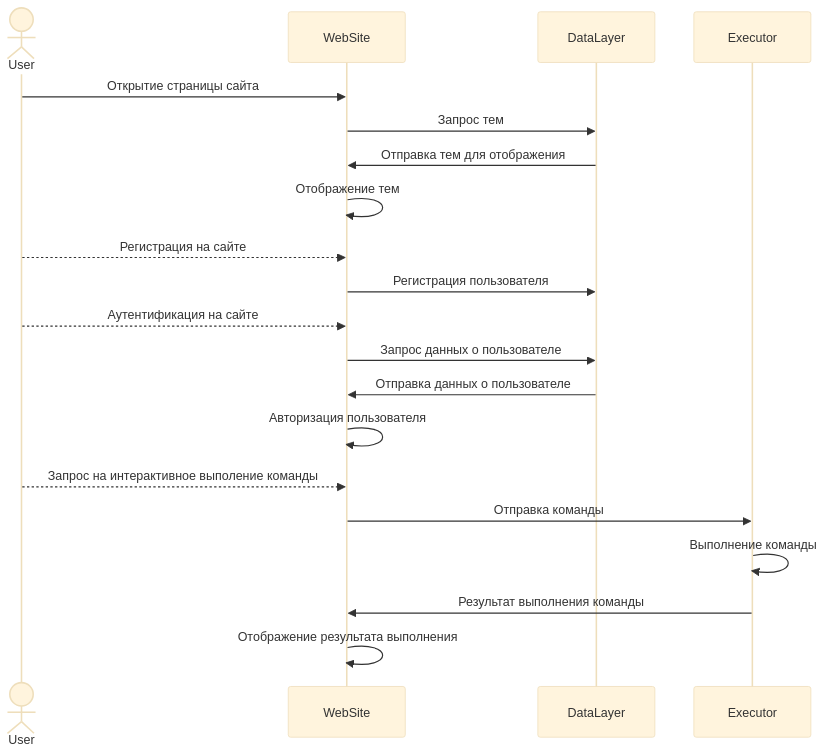
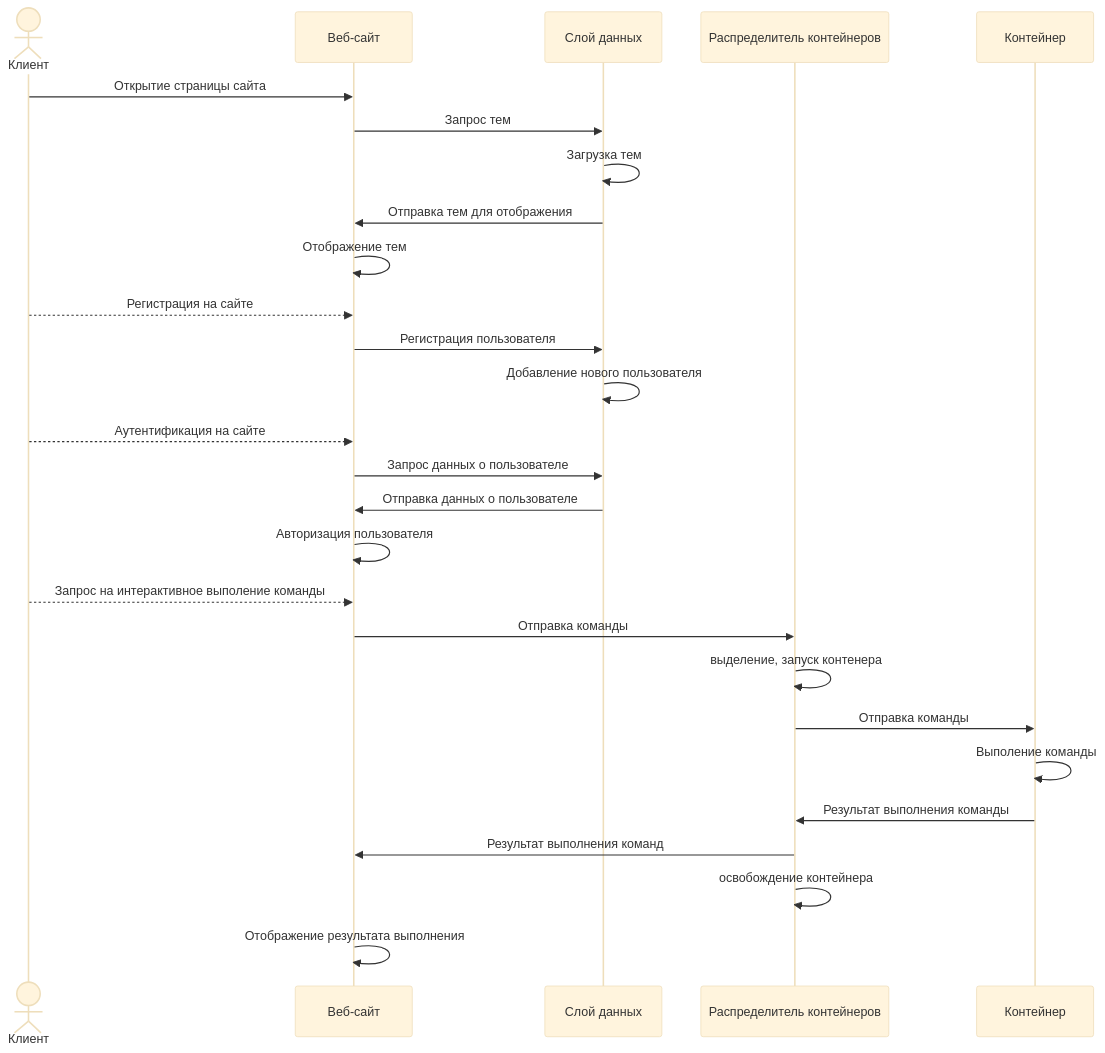
Before and after one commit to D1qm0nd/BashLearningSystem: the first of 3 diagrams in README.md, drawn with Mermaid (base theme). The commit also changed other lines of this file, not shown here.

````diff
--- a/README.md
+++ b/README.md
@@ -4,20 +4,25 @@
 ``` mermaid
 sequenceDiagram
-    Actor User
-    User ->> WebSite: Открытие страницы сайта
-    WebSite ->> DataLayer : Запрос тем
-    DataLayer ->> WebSite: Отправка тем для отображения
-    WebSite ->> WebSite: Отображение тем
-    User -->> WebSite : Регистрация на сайте
-    WebSite ->> DataLayer : Регистрация пользователя
-    User -->> WebSite : Аутентификация на сайте
-    WebSite ->> DataLayer : Запрос данных о пользователе
-    DataLayer ->> WebSite : Отправка данных о пользователе
-    WebSite ->> WebSite : Авторизация пользователя
-    User -->> WebSite : Запрос на интерактивное выполение команды
-    WebSite ->> Executor: Отправка команды
-    Executor ->> Executor: Выполнение команды
-    Executor ->> WebSite : Результат выполнения команды
-    WebSite ->> WebSite : Отображение результата выполнения
-
+    actor Клиент
+    Клиент ->> Веб-сайт: Открытие страницы сайта
+    Веб-сайт ->> Слой данных : Запрос тем
+    Слой данных ->> Слой данных: Загрузка тем
+    Слой данных ->> Веб-сайт: Отправка тем для отображения
+    Веб-сайт ->> Веб-сайт: Отображение тем
+    Клиент -->> Веб-сайт : Регистрация на сайте
+    Веб-сайт ->> Слой данных : Регистрация пользователя
+    Слой данных ->> Слой данных: Добавление нового пользователя
+    Клиент -->> Веб-сайт : Аутентификация на сайте
+    Веб-сайт ->> Слой данных : Запрос данных о пользователе
+    Слой данных ->> Веб-сайт : Отправка данных о пользователе
+    Веб-сайт ->> Веб-сайт : Авторизация пользователя
+    Клиент -->> Веб-сайт : Запрос на интерактивное выполение команды
+    Веб-сайт ->> Распределитель контейнеров: Отправка команды
+    Распределитель контейнеров ->> Распределитель контейнеров: выделение, запуск контенера
+    Распределитель контейнеров ->> Контейнер : Отправка команды
+    Контейнер ->> Контейнер : Выполение команды
+    Контейнер ->> Распределитель контейнеров : Результат выполнения команды
+    Распределитель контейнеров ->> Веб-сайт : Результат выполнения команд
+    Распределитель контейнеров ->> Распределитель контейнеров : освобождение контейнера
+    Веб-сайт ->> Веб-сайт : Отображение результата выполнения
 ```
````
